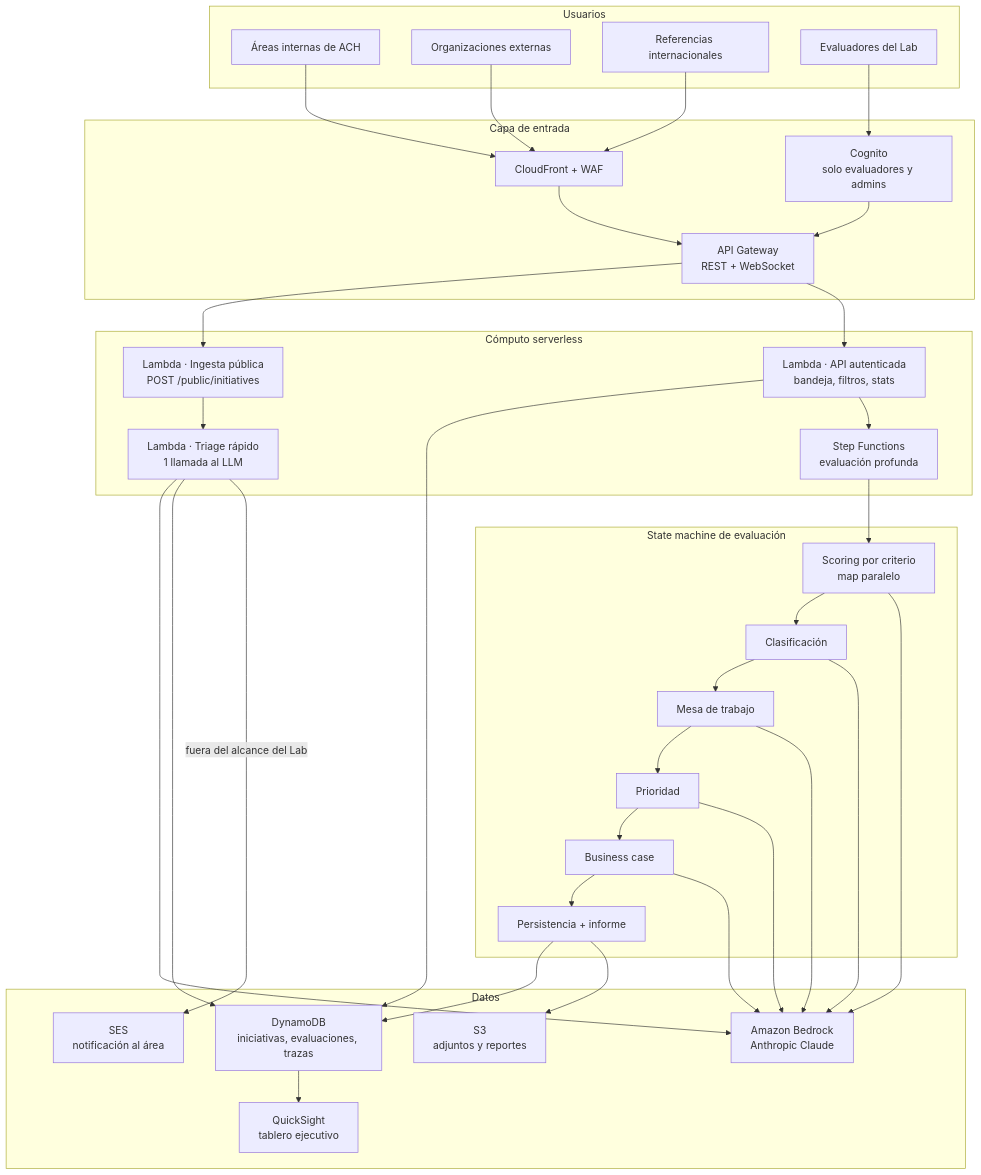
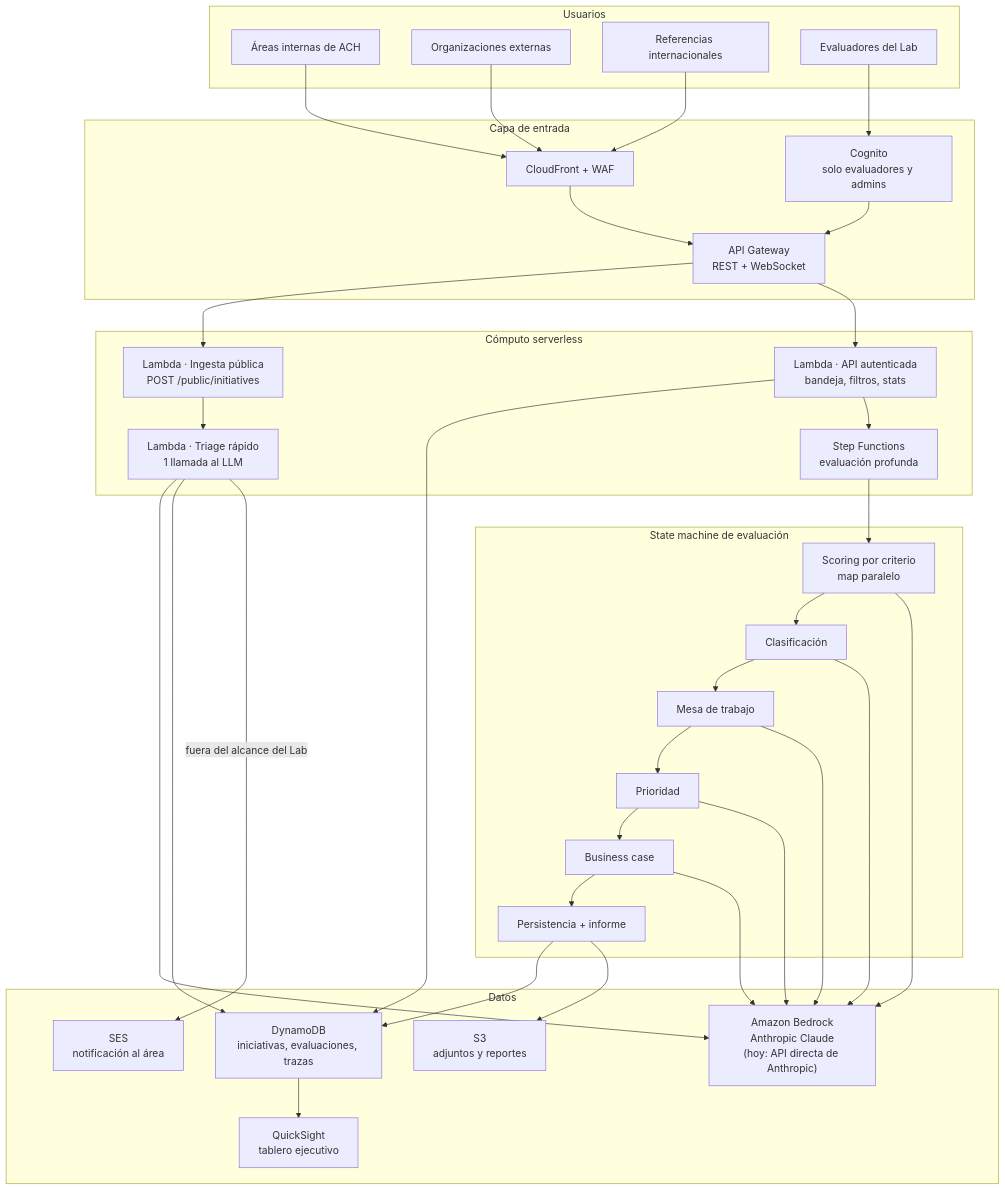
Before and after one commit to Juank114Gonzalez/LabLens: the diagram in docs/arquitectura-aws.md, drawn with Mermaid. The commit also changed other lines of this file and 31 other files, not shown here.

First line of the commit message:
Move the model provider from Gemini to Anthropic Claude

````diff
--- a/docs/arquitectura-aws.md
+++ b/docs/arquitectura-aws.md
@@ -20,54 +22,54 @@
 ```mermaid
 flowchart TB
     subgraph Usuarios
         A1["Áreas internas de ACH"]
         A2["Organizaciones externas"]
         A3["Referencias internacionales"]
         A4["Evaluadores del Lab"]
     end
 
     subgraph Edge["Capa de entrada"]
         CF["CloudFront + WAF"]
         APIGW["API Gateway<br/>REST + WebSocket"]
         COG["Cognito<br/>solo evaluadores y admins"]
     end
 
     subgraph Compute["Cómputo serverless"]
         L1["Lambda · Ingesta pública<br/>POST /public/initiatives"]
         L2["Lambda · Triage rápido<br/>1 llamada al LLM"]
         L3["Lambda · API autenticada<br/>bandeja, filtros, stats"]
         SF["Step Functions<br/>evaluación profunda"]
     end
 
     subgraph Steps["State machine de evaluación"]
         S1["Scoring por criterio<br/>map paralelo"]
         S2["Clasificación"]
         S3["Mesa de trabajo"]
         S4["Prioridad"]
         S5["Business case"]
         S6["Persistencia + informe"]
     end
 
     subgraph Datos
-        BR["Amazon Bedrock<br/>Anthropic Claude"]
+        BR["Amazon Bedrock<br/>Anthropic Claude<br/>(hoy: API directa de Anthropic)"]
         DDB["DynamoDB<br/>iniciativas, evaluaciones, trazas"]
         S3B["S3<br/>adjuntos y reportes"]
         SES["SES<br/>notificación al área"]
         QS["QuickSight<br/>tablero ejecutivo"]
     end
 
     A1 & A2 & A3 --> CF --> APIGW
     A4 --> COG --> APIGW
     APIGW --> L1 & L3
     L1 --> L2
     L2 --> BR
     L2 --> DDB
     L2 -->|"fuera del alcance del Lab"| SES
     L3 --> DDB
     L3 --> SF
     SF --> S1 --> S2 --> S3 --> S4 --> S5 --> S6
     S1 & S2 & S3 & S4 & S5 --> BR
     S6 --> DDB
     S6 --> S3B
     DDB --> QS
 ```
````
